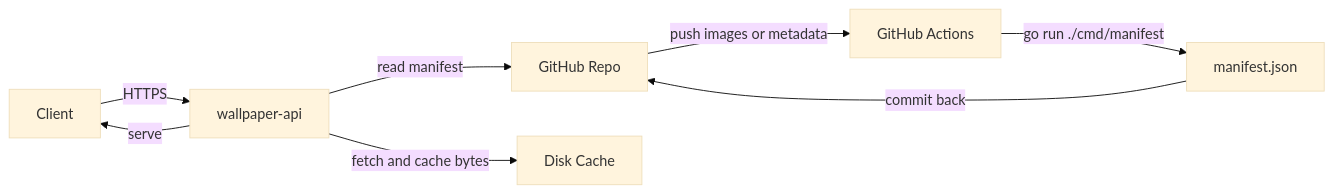
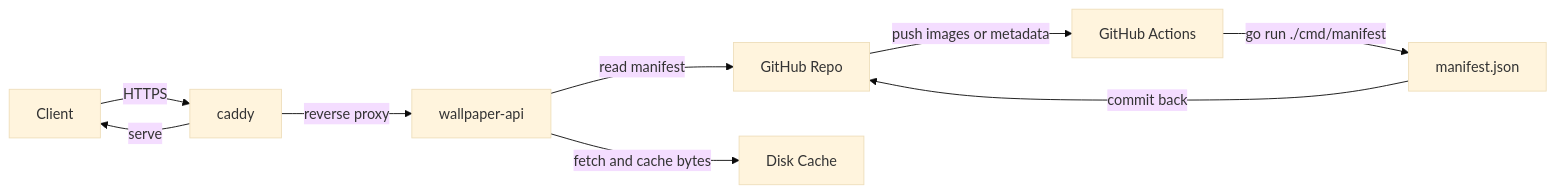
Before and after one commit to MinimaxFlora/WallpaperHub: the diagram in README.md, drawn with Mermaid (base theme). The commit also changed other lines of this file and 12 other files, not shown here.

````diff
--- a/README.md
+++ b/README.md
@@ -10,10 +10,11 @@
 ```mermaid
 flowchart LR
     A["GitHub Repo"] -->|"push images or metadata"| B["GitHub Actions"]
     B -->|"go run ./cmd/manifest"| C["manifest.json"]
     C -->|"commit back"| A
-    D["Client"] -->|"HTTPS"| E["wallpaper-api"]
+    D["Client"] -->|"HTTPS"| G["caddy"]
+    G -->|"reverse proxy"| E["wallpaper-api"]
     E -->|"read manifest"| A
     E -->|"fetch and cache bytes"| F["Disk Cache"]
-    E -->|"serve"| D
+    G -->|"serve"| D
 ```
````
